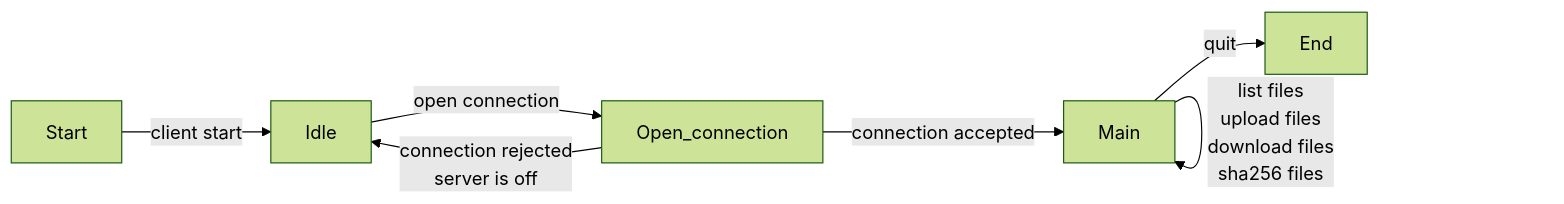
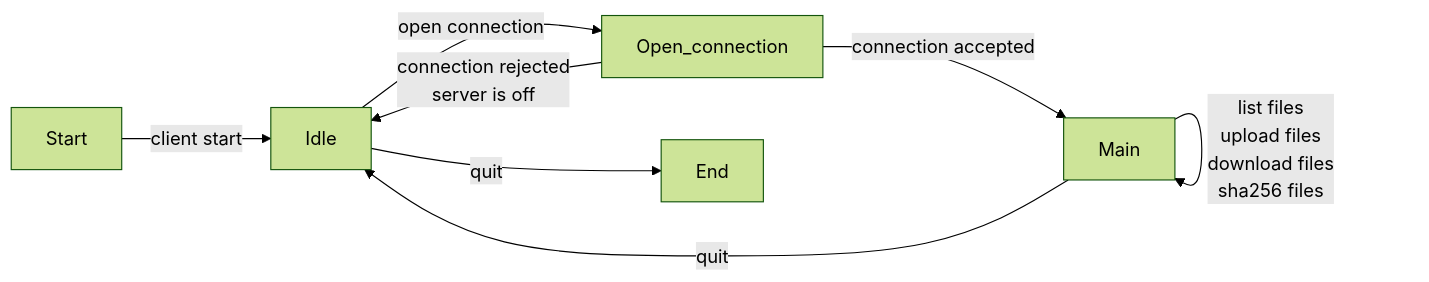
The first of 6 diagrams in 1.myftp.md (N2Sys-EDU/Lab1-Documentation), drawn with Mermaid (forest theme) before and after one commit. The commit also changed other lines of this file, not shown here.

````diff
--- a/1.myftp.md
+++ b/1.myftp.md
@@ -74,9 +74,10 @@
 ```mermaid
 graph LR;
 Start -- client start --> Idle;
 Idle -- open connection --> Open_connection;
 Open_connection -- connection rejected \n server is off --> Idle;
 Open_connection -- connection accepted --> Main;
 Main -- list files\n upload files\n download files\n sha256 files--> Main;
-Main -- quit --> End
+Main -- quit --> Idle
+Idle -- quit --> End
 ```
````
